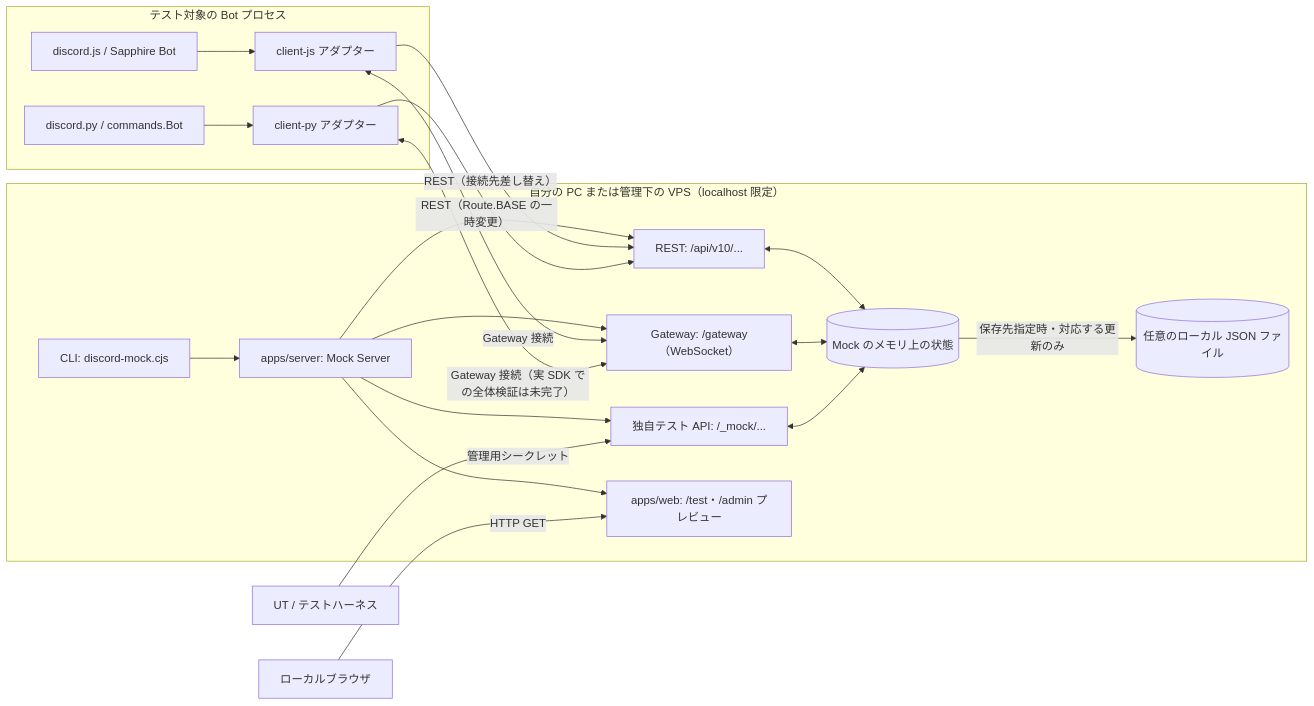
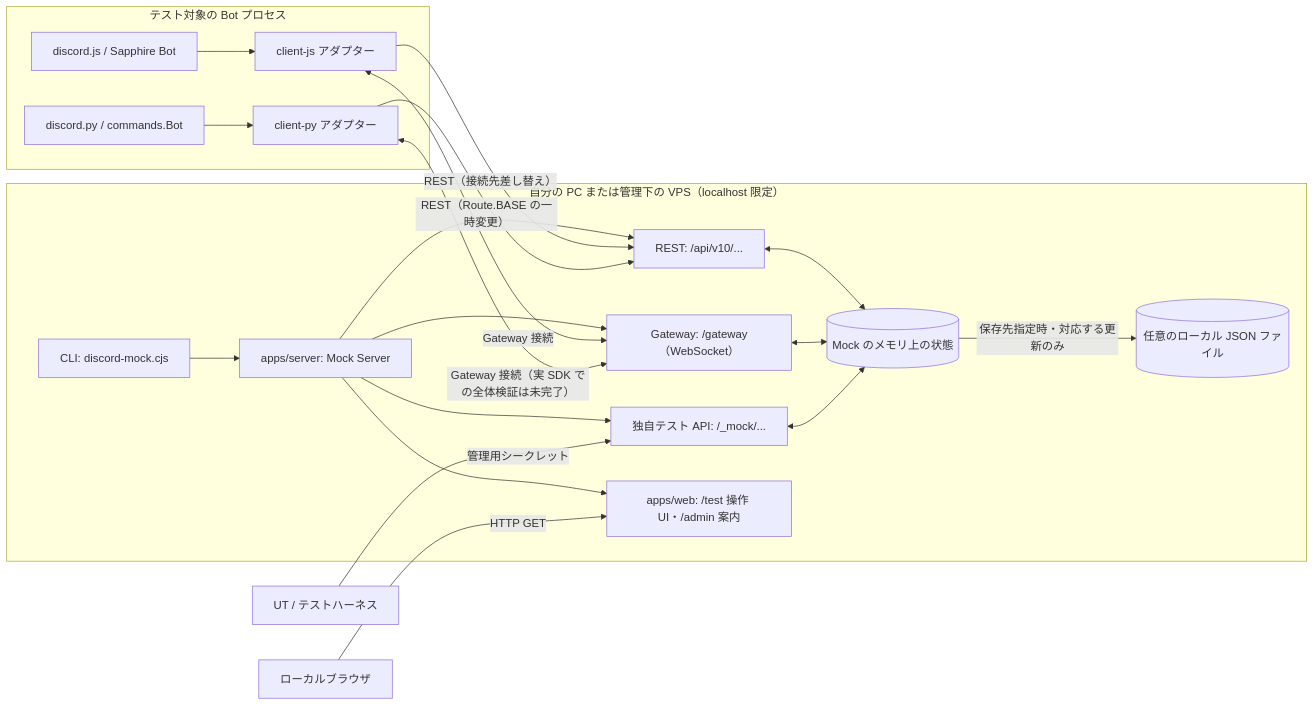
The first of 2 diagrams in README.md (furimu1234/discord-mock), drawn with Mermaid before and after one commit. The commit also changed other lines of this file and 1 other file, not shown here.

Commit message:
docs: describe interactive /test view and PGlite-backed level_bot demo

````diff
--- a/README.md
+++ b/README.md
@@ -26,39 +26,39 @@
 ```mermaid
 flowchart LR
     subgraph bot["テスト対象の Bot プロセス"]
         JSBot["discord.js / Sapphire Bot"]
         PyBot["discord.py / commands.Bot"]
         JSAdapter["client-js アダプター"]
         PyAdapter["client-py アダプター"]
         JSBot --> JSAdapter
         PyBot --> PyAdapter
     end
 
     subgraph host["自分の PC または管理下の VPS（localhost 限定）"]
         CLI["CLI: discord-mock.cjs"]
         Server["apps/server: Mock Server"]
         REST["REST: /api/v10/..."]
         GW["Gateway: /gateway（WebSocket）"]
         AdminAPI["独自テスト API: /_mock/..."]
-        Web["apps/web: /test・/admin プレビュー"]
+        Web["apps/web: /test 操作 UI・/admin 案内"]
         State[("Mock のメモリ上の状態")]
         JSON[("任意のローカル JSON ファイル")]
 
         CLI --> Server
         Server --> REST
         Server --> GW
         Server --> AdminAPI
         Server --> Web
         REST <--> State
         GW <--> State
         AdminAPI <--> State
         State -->|"保存先指定時・対応する更新のみ"| JSON
     end
 
     Browser["ローカルブラウザ"] -->|"HTTP GET"| Web
     JSAdapter -->|"REST（接続先差し替え）"| REST
     JSAdapter <-->|"Gateway 接続"| GW
     PyAdapter -->|"REST（Route.BASE の一時変更）"| REST
     PyAdapter <-->|"Gateway 接続（実 SDK での全体検証は未完了）"| GW
     UT["UT / テストハーネス"] -->|"管理用シークレット"| AdminAPI
 ```
````
